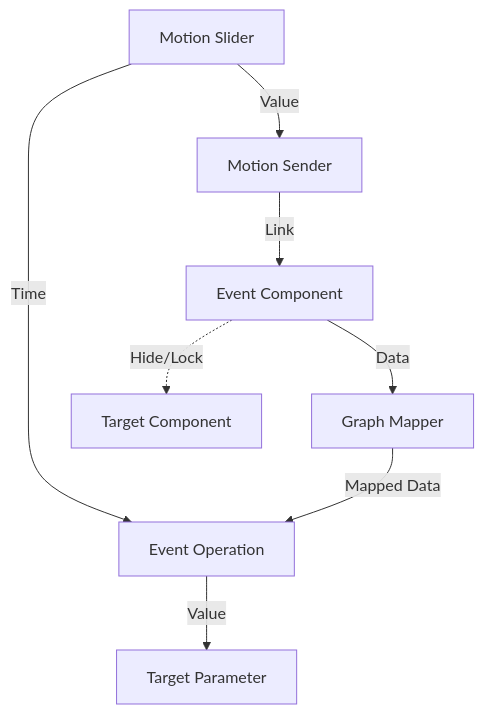
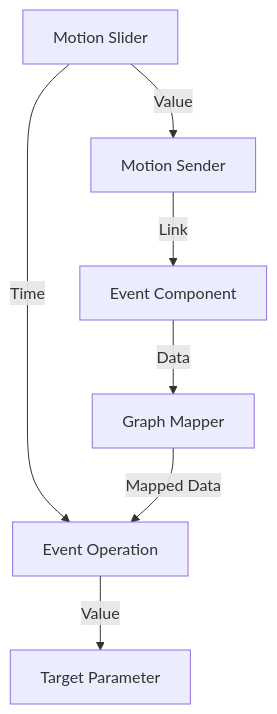
The diagram in README.md (M3Lewis/Motion), drawn with Mermaid before and after one commit.

Commit message:
补充提交

````diff
--- a/README.md
+++ b/README.md
@@ -11,10 +11,9 @@
 ```mermaid
 graph TD
     Slider[Motion Slider] -->|Time| Op[Event Operation]
     Slider -->|Value| Sender[Motion Sender]
     Sender -->|Link| Event[Event Component]
-    Event -.->|Hide/Lock| Comp[Target Component]
     Event -->|Data| Graph[Graph Mapper]
     Graph -->|Mapped Data| Op
     Op -->|Value| Param[Target Parameter]
 ```
````
